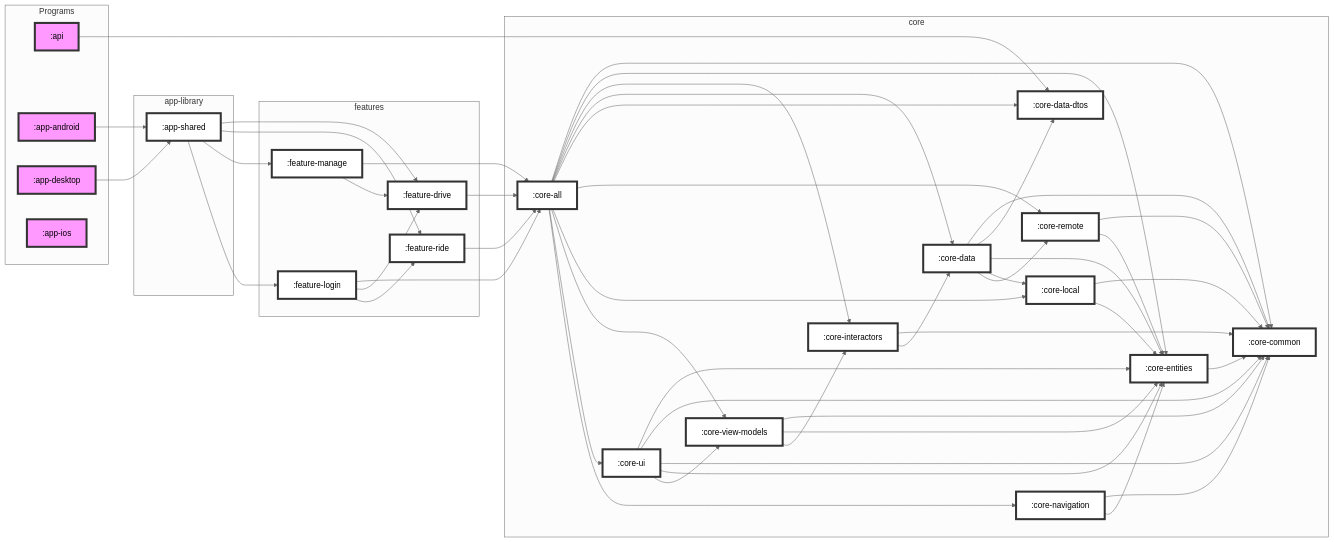
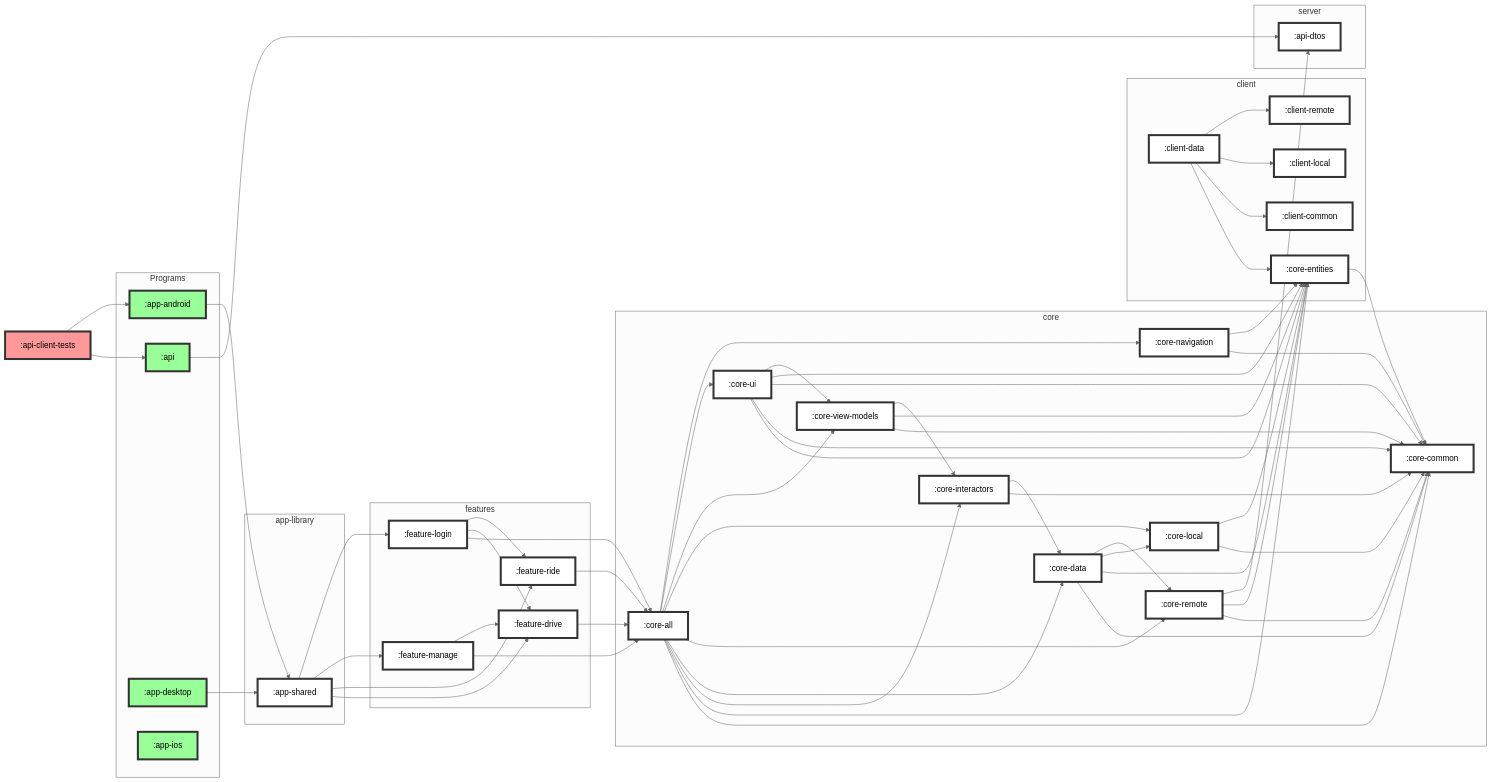
Before and after one commit to Pointyware/XYZ: the second of 2 diagrams in README.md, drawn with Mermaid.

Commit message:
Replace core-data-dtos with api-dtos

```diff
--- a/README.md
+++ b/README.md
@@ -120,8 +120,12 @@
 
 graph LR
 
-  classDef program fill:#f9f,stroke:#333,stroke-width:4px;
   classDef default,library fill:#fff,stroke:#333,stroke-width:4px;
+  classDef program fill:#9f9,stroke:#333,stroke-width:4px;
+  classDef testModule fill:#f99,stroke:#333,stroke-width:4px;
+  
+  :api-client-tests:::testModule --> :api
+  :api-client-tests --> :app-android
 
   subgraph Programs
     :api:::program
@@ -129,7 +133,7 @@
     :app-desktop:::program
     :app-ios:::program
   end
-  :api --> :core-data-dtos
+  :api --> :api-dtos
   :app-android --> :app-shared
   :app-desktop --> :app-shared
 
@@ -158,13 +162,24 @@
   
   :feature-login --> :feature-drive
   :feature-login --> :feature-ride
+
+  subgraph server
+    :api-dtos
+  end
   
+  subgraph client
+    :client-data --> :core-entities
+
+    :client-data --> :client-common
+    :client-data --> :client-local
+    :client-data --> :client-remote
+  end
+
   subgraph core
     :core-all --> :core-common
     :core-all --> :core-entities
     :core-all --> :core-interactors
     :core-all --> :core-data
-    :core-all --> :core-data-dtos
     :core-all --> :core-remote
     :core-all --> :core-local
     :core-all --> :core-view-models
@@ -175,7 +190,6 @@
     :core-ui --> :core-common
     
     :core-data --> :core-common
-    :core-data --> :core-data-dtos
     :core-data --> :core-entities
     :core-data --> :core-local
     :core-data --> :core-remote
@@ -193,6 +207,7 @@
     
     :core-remote --> :core-common
     :core-remote --> :core-entities
+    :core-remote --> :api-dtos
     
     :core-ui --> :core-common
     :core-ui --> :core-entities
```
